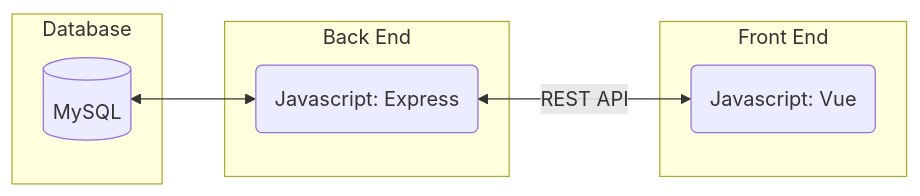
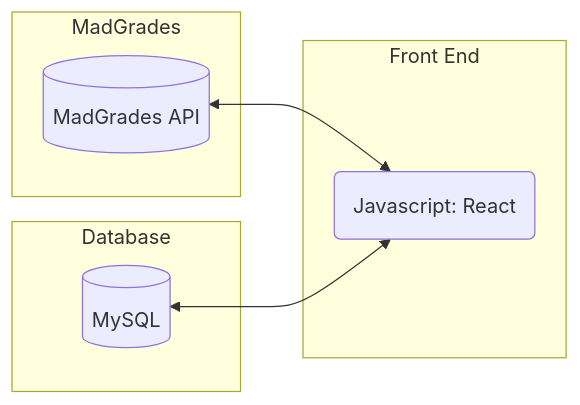
The first of 3 diagrams in README.md (owhager/GPBadger), drawn with Mermaid before and after one commit. The commit also changed other lines of this file and 2 other files, not shown here.

````diff
--- a/README.md
+++ b/README.md
@@ -91,17 +30,16 @@
 ```mermaid
 flowchart RL
 subgraph Front End
-	A(Javascript: Vue)
-end
-	
-subgraph Back End
-	B(Javascript: Express)
+	A(Javascript: React)
 end
 	
 subgraph Database
 	C[(MySQL)]
 end
+subgraph MadGrades
+	D[(MadGrades API)]
+end
 
-A <-->|"REST API"| B
-B <--> C
+A <--> C
+A <--> D
 ```
````
